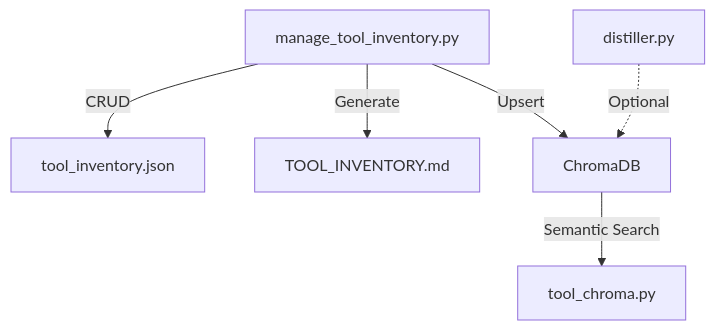
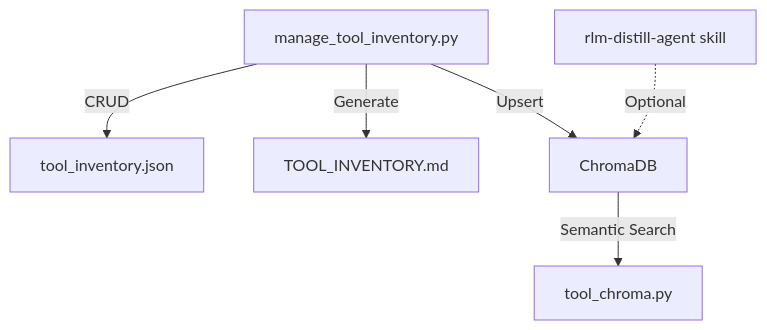
Before and after one commit to richfrem/agent-plugins-skills: the diagram in plugins/tool-inventory/README.md, drawn with Mermaid. The commit also changed other lines of this file and 31 other files, not shown here.

````diff
--- a/plugins/tool-inventory/README.md
+++ b/plugins/tool-inventory/README.md
@@ -100,8 +100,8 @@
 ```mermaid
 graph TD
     A["manage_tool_inventory.py"] -->|CRUD| B["tool_inventory.json"]
     A -->|Generate| C["TOOL_INVENTORY.md"]
     A -->|Upsert| D["ChromaDB"]
     D -->|Semantic Search| E["tool_chroma.py"]
-    F["distiller.py"] -.->|Optional| D
+    F["rlm-distill-agent skill"] -.->|Optional| D
 ```
````
